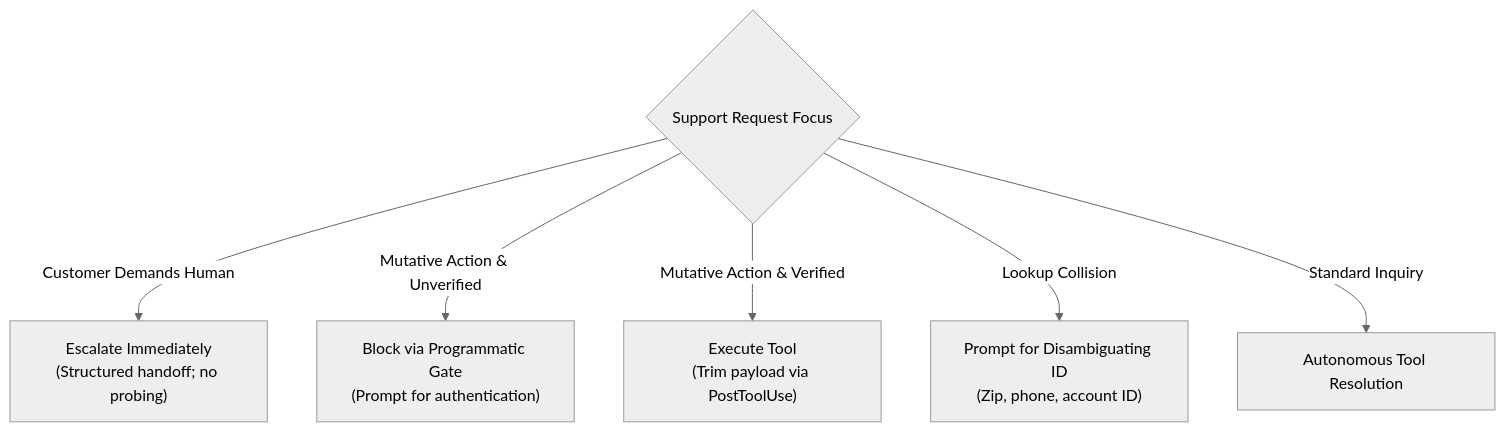
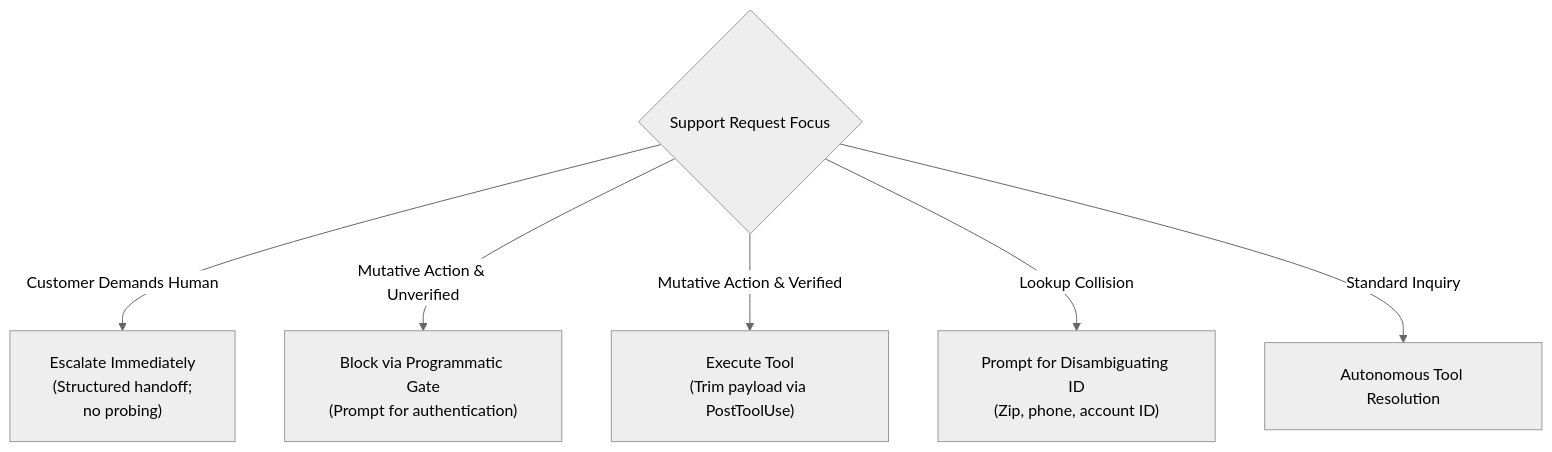
The first of 3 diagrams in scenarios/scenario_1_customer_support/SCENARIO_GUIDE.md (dip4k/claude_cert_architect_foundation_prep), drawn with Mermaid (neutral theme) before and after one commit. The commit also changed other lines of this file and 31 other files, not shown here.

First line of the commit message:
docs(diagrams): fix text trimming, padding, and layout in all mermaid diagrams

````diff
--- a/scenarios/scenario_1_customer_support/SCENARIO_GUIDE.md
+++ b/scenarios/scenario_1_customer_support/SCENARIO_GUIDE.md
@@ -54,9 +54,10 @@
 ```mermaid
+%%{init: {"flowchart": {"htmlLabels": true, "padding": 20}}}%%
 flowchart TD
     Start{Support Request Focus}
-    Start -->|Customer Demands Human| D1["Escalate Immediately<br/>(Structured handoff; no probing)"]
+    Start -->|Customer Demands Human| D1["Escalate Immediately<br/>(Structured handoff;<br/>no probing)"]
     Start -->|Mutative Action & Unverified| D2["Block via Programmatic Gate<br/>(Prompt for authentication)"]
     Start -->|Mutative Action & Verified| D3["Execute Tool<br/>(Trim payload via PostToolUse)"]
     Start -->|Lookup Collision| D4["Prompt for Disambiguating ID<br/>(Zip, phone, account ID)"]
     Start -->|Standard Inquiry| D5["Autonomous Tool Resolution"]
 ```
````
